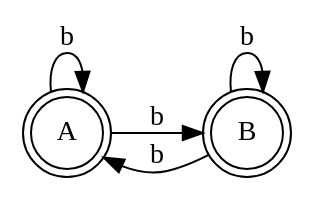
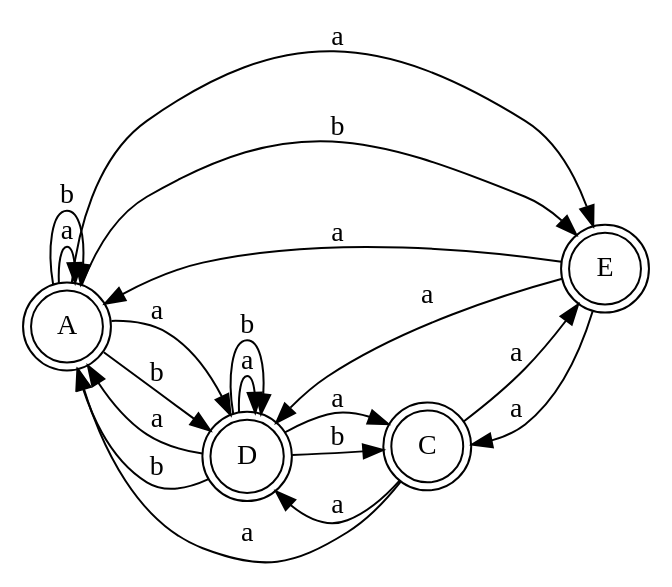
The diagram in proyecto1/minimo.gv (DaronP/Proyecto_Automatas), drawn with Graphviz before and after one commit. The commit also changed 10 other files, not shown here.

```diff
--- a/proyecto1/minimo.gv
+++ b/proyecto1/minimo.gv
@@ -1,13 +1,41 @@
 digraph finite_state_machine {
 	rankdir=LR size="8,5"
 	node [shape=doublecircle]
 	A
-	B
 	A
-	B
+	D
+	D
+	E
+	E
+	A
+	D
+	E
+	A
+	C
+	D
+	A
+	C
+	D
+	A
+	C
+	D
 	node [shape=circle]
+	A -> A [label=a]
 	A -> A [label=b]
-	A -> B [label=b]
-	B -> A [label=b]
-	B -> B [label=b]
+	A -> D [label=a]
+	A -> D [label=b]
+	A -> E [label=a]
+	A -> E [label=b]
+	C -> A [label=a]
+	C -> D [label=a]
+	C -> E [label=a]
+	D -> A [label=a]
+	D -> C [label=a]
+	D -> D [label=a]
+	D -> A [label=b]
+	D -> C [label=b]
+	D -> D [label=b]
+	E -> A [label=a]
+	E -> C [label=a]
+	E -> D [label=a]
 }
```
